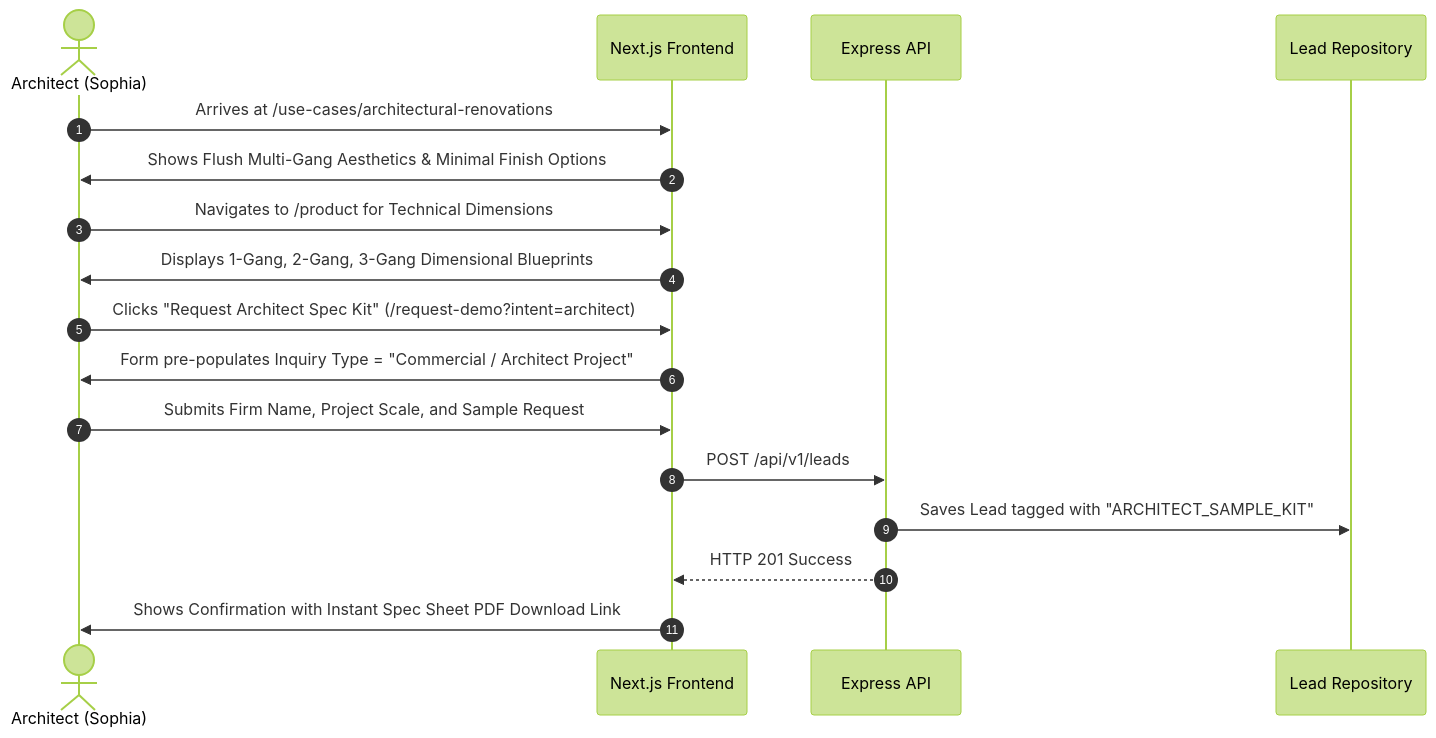
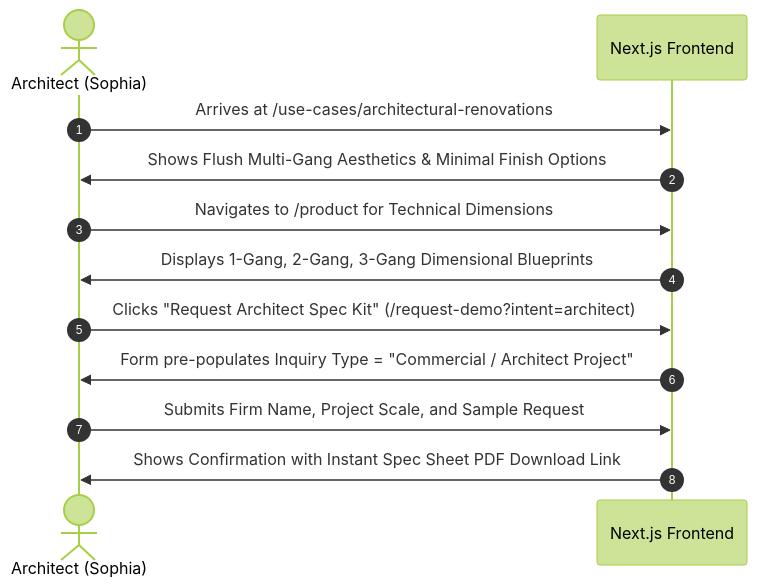
One commit to sahil-viradiya/smart-switch-web changed the second of 3 diagrams in docs/user-flows.md. Above: the diagram before and after it, drawn with Mermaid (forest theme). The commit also changed other lines of this file and 197 other files, not shown here.

Commit message:
feat: consolidate architecture, theme system, motion components, and marketing documentation

````diff
--- a/docs/user-flows.md
+++ b/docs/user-flows.md
@@ -48,20 +41,15 @@
 ```mermaid
 sequenceDiagram
     autonumber
     actor Arch as Architect (Sophia)
     participant Web as Next.js Frontend
-    participant API as Express API
-    participant DB as Lead Repository
 
     Arch->>Web: Arrives at /use-cases/architectural-renovations
     Web->>Arch: Shows Flush Multi-Gang Aesthetics & Minimal Finish Options
     Arch->>Web: Navigates to /product for Technical Dimensions
     Web->>Arch: Displays 1-Gang, 2-Gang, 3-Gang Dimensional Blueprints
     Arch->>Web: Clicks "Request Architect Spec Kit" (/request-demo?intent=architect)
     Web->>Arch: Form pre-populates Inquiry Type = "Commercial / Architect Project"
     Arch->>Web: Submits Firm Name, Project Scale, and Sample Request
-    Web->>API: POST /api/v1/leads
-    API->>DB: Saves Lead tagged with "ARCHITECT_SAMPLE_KIT"
-    API-->>Web: HTTP 201 Success
     Web->>Arch: Shows Confirmation with Instant Spec Sheet PDF Download Link
 ```
````
